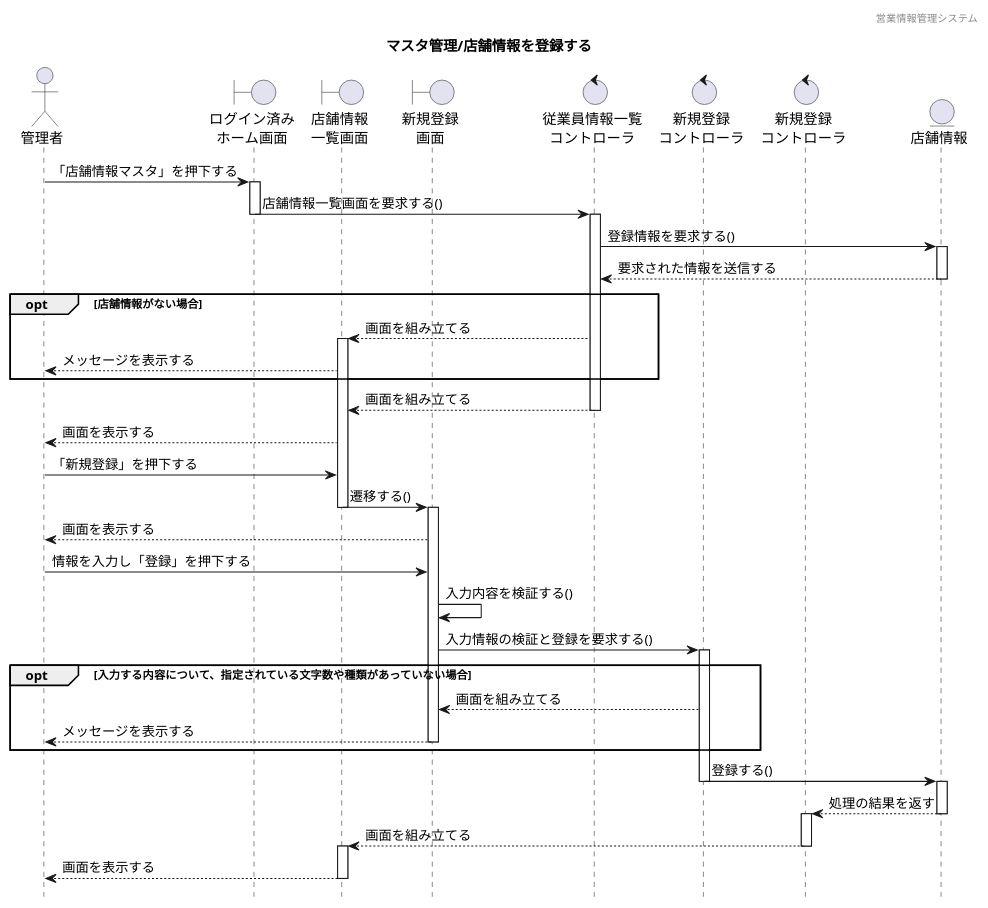
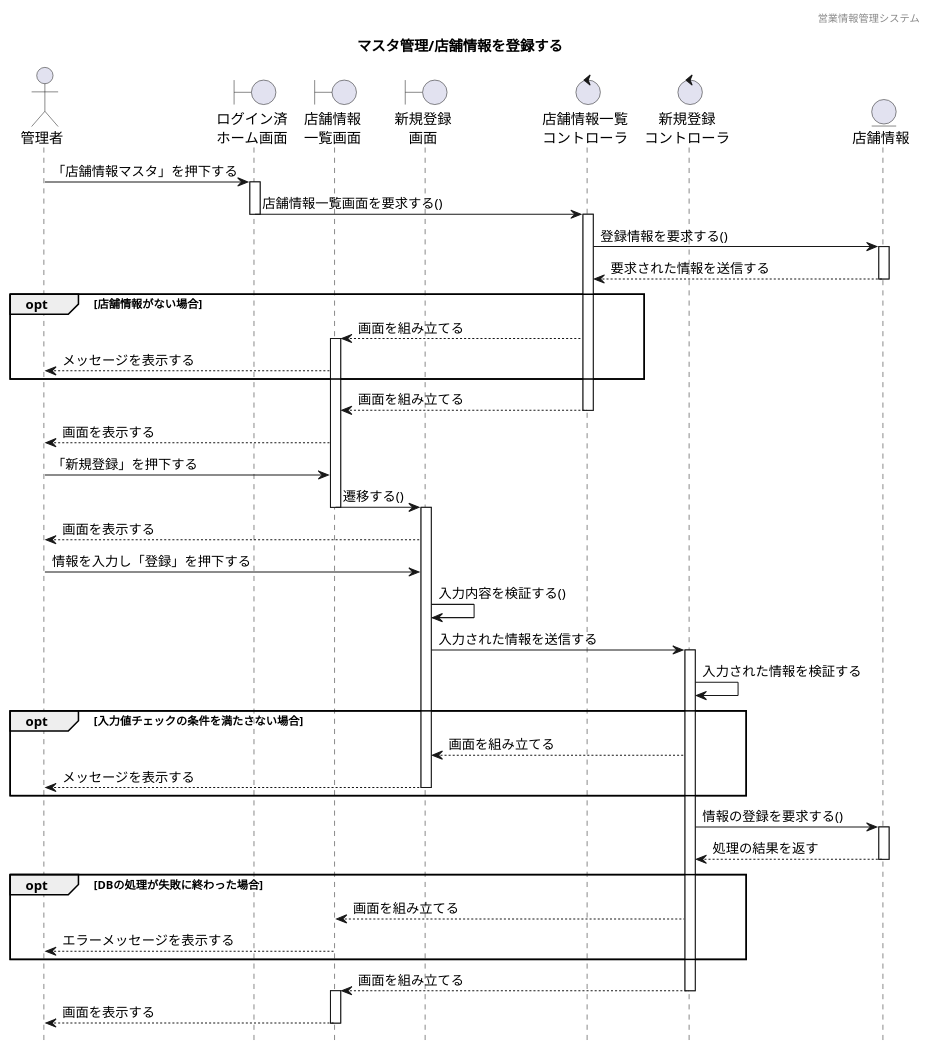
The diagram in 各種設計書/4シーケンス図/マスタ管理/2.店舗情報マスタ/店舗情報管理_登録.plantuml (HaruShim/Sotuken), drawn with PlantUML before and after one commit. The commit also changed 3 other files, not shown here.

```diff
--- a/各種設計書/4シーケンス図/マスタ管理/2.店舗情報マスタ/店舗情報管理_登録.plantuml
+++ b/各種設計書/4シーケンス図/マスタ管理/2.店舗情報マスタ/店舗情報管理_登録.plantuml
@@ -1,83 +1,88 @@
 @startuml ../../images/店舗情報マスタ/店舗情報管理_登録
 
 ' 下アイコン除去
 hide footbox
 ' ヘッダー
 header 営業情報管理システム
 ' タイトル
 title マスタ管理/店舗情報を登録する
 
 
 ' actor "" as 
 actor "管理者" as a1
 
 ' boundary "" as 
-boundary "ログイン済み\nホーム画面" as b1
+boundary "ログイン済\nホーム画面" as b1
 boundary "店舗情報\n一覧画面" as b2
 boundary "新規登録\n画面" as b3
 
 ' control "" as 
-control "従業員情報一覧\nコントローラ" as c1
+control "店舗情報一覧\nコントローラ" as c1
 control "新規登録\nコントローラ" as c2
-control "新規登録\nコントローラ" as c3
+
 
 ' entity "" as
 entity "店舗情報" as e1
 
 
 ' ログイン済みホーム画面から一覧表示までのシーケンス
 a1 -> b1 : 「店舗情報マスタ」を押下する
 activate b1
 b1 -> c1 : 店舗情報一覧画面を要求する()
 deactivate b1
 activate c1
 c1 -> e1 : 登録情報を要求する()
 activate e1
 c1 <-- e1 : 要求された情報を送信する
 deactivate e1
 
 ' 代替フロー
 opt 店舗情報がない場合
 b2 <-- c1 : 画面を組み立てる
 activate b2
 a1 <-- b2 : メッセージを表示する
 end
 
 b2 <-- c1 : 画面を組み立てる
 deactivate c1
 a1 <-- b2 : 画面を表示する
 a1 -> b2 : 「新規登録」を押下する
 b2 -> b3 : 遷移する()
 deactivate b2
 activate b3
 a1 <-- b3 : 画面を表示する
 a1 -> b3 : 情報を入力し「登録」を押下する
 b3 -> b3 : 入力内容を検証する()
-b3 -> c2 : 入力情報の検証と登録を要求する()
+b3 -> c2 : 入力された情報を送信する
 activate c2
+c2 -> c2 : 入力された情報を検証する
 
 ' 代替フロー
-opt 入力する内容について、指定されている文字数や種類があっていない場合
+opt 入力値チェックの条件を満たさない場合
 b3 <-- c2 : 画面を組み立てる
 deactivate c1
 a1 <-- b3 : メッセージを表示する
 deactivate b3
 end
 
 
 activate c2
-c2 -> e1 : 登録する()
+c2 -> e1 : 情報の登録を要求する()
+activate e1
+c2 <-- e1 : 処理の結果を返す
+deactivate e1
+opt DBの処理が失敗に終わった場合
+b2 <-- c2 : 画面を組み立てる
+a1 <-- b2 : エラーメッセージを表示する
+end
+deactivate e1
+activate c2
+b2 <-- c2 : 画面を組み立てる
 deactivate c2
-activate e1
-c3 <-- e1 : 処理の結果を返す
-deactivate e1
-activate c3
-b2 <-- c3 : 画面を組み立てる
-deactivate c3
 activate b2
 a1 <-- b2 : 画面を表示する
 deactivate b2
 
 
 
 @enduml
```
